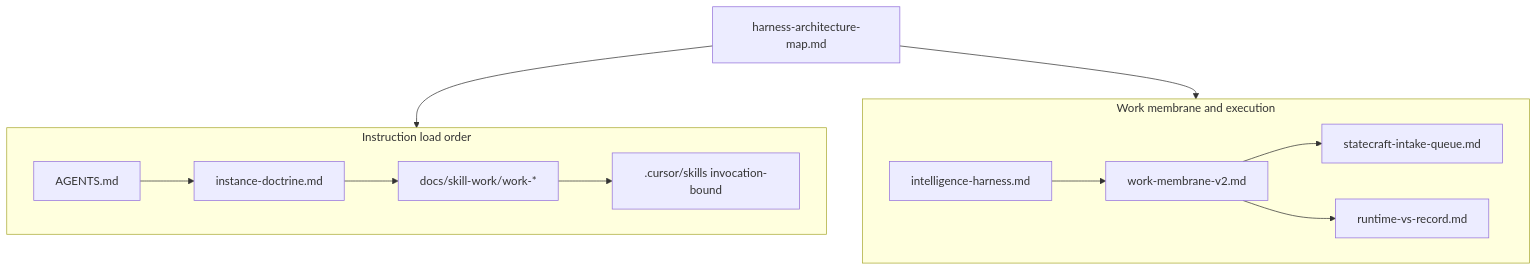
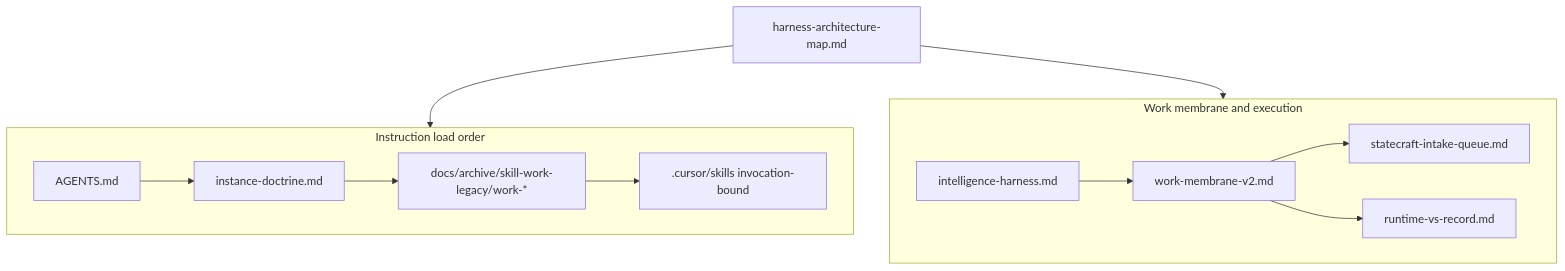
The first of 2 diagrams in docs/harness-architecture-map.md (rbtkhn/strategy-codex), drawn with Mermaid before and after one commit. The commit also changed 1524 other files, not shown here.

First line of the commit message:
Archive skill-work corpus and retarget broken doc links.

````diff
--- a/docs/harness-architecture-map.md
+++ b/docs/harness-architecture-map.md
@@ -32,23 +32,23 @@
 ```mermaid
 flowchart TB
   subgraph instructionLoad [Instruction load order]
     L1[AGENTS.md]
     L2[instance-doctrine.md]
-    L3[docs/skill-work/work-*]
+    L3[docs/archive/skill-work-legacy/work-*]
     L4[.cursor/skills invocation-bound]
     L1 --> L2 --> L3 --> L4
   end
 
   subgraph workMembrane [Work membrane and execution]
     IH[intelligence-harness.md]
     WM[work-membrane-v2.md]
     IQ[statecraft-intake-queue.md]
     RT[runtime-vs-record.md]
     IH --> WM --> IQ
     WM --> RT
   end
 
   MAP[harness-architecture-map.md]
   MAP --> instructionLoad
   MAP --> workMembrane
 ```
````
